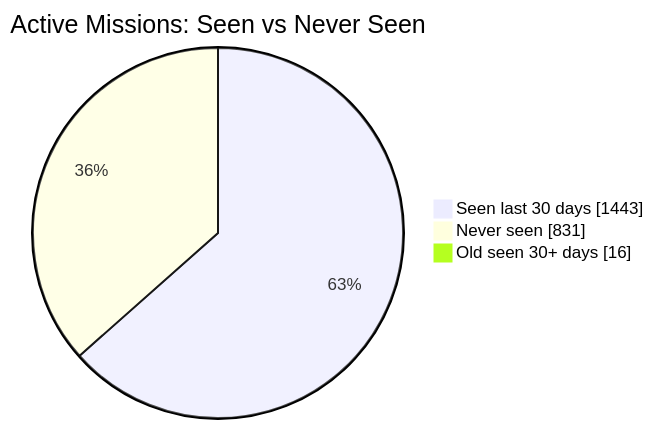
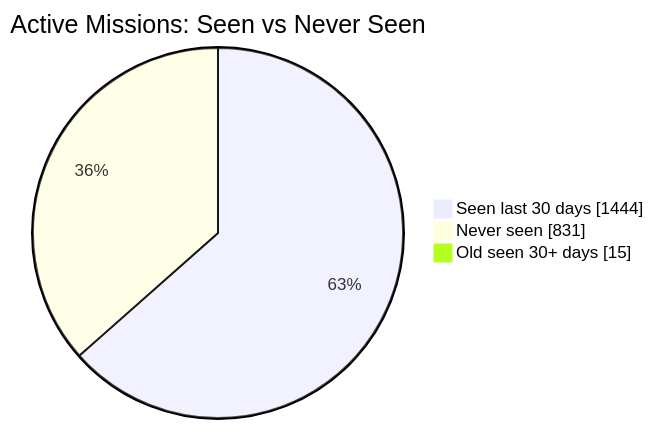
Before and after one commit to MeldkamerspelGameTeam/active-missions: the first of 2 diagrams in README.md, drawn with Mermaid. The commit also changed other lines of this file and 2 other files, not shown here.

````diff
--- a/README.md
+++ b/README.md
@@ -34,7 +34,7 @@
 ```mermaid
 pie showData
     title Active Missions: Seen vs Never Seen
-    "Seen last 30 days" : 1443
+    "Seen last 30 days" : 1444
     "Never seen" : 831
-    "Old seen 30+ days" : 16
+    "Old seen 30+ days" : 15
 ```
````
